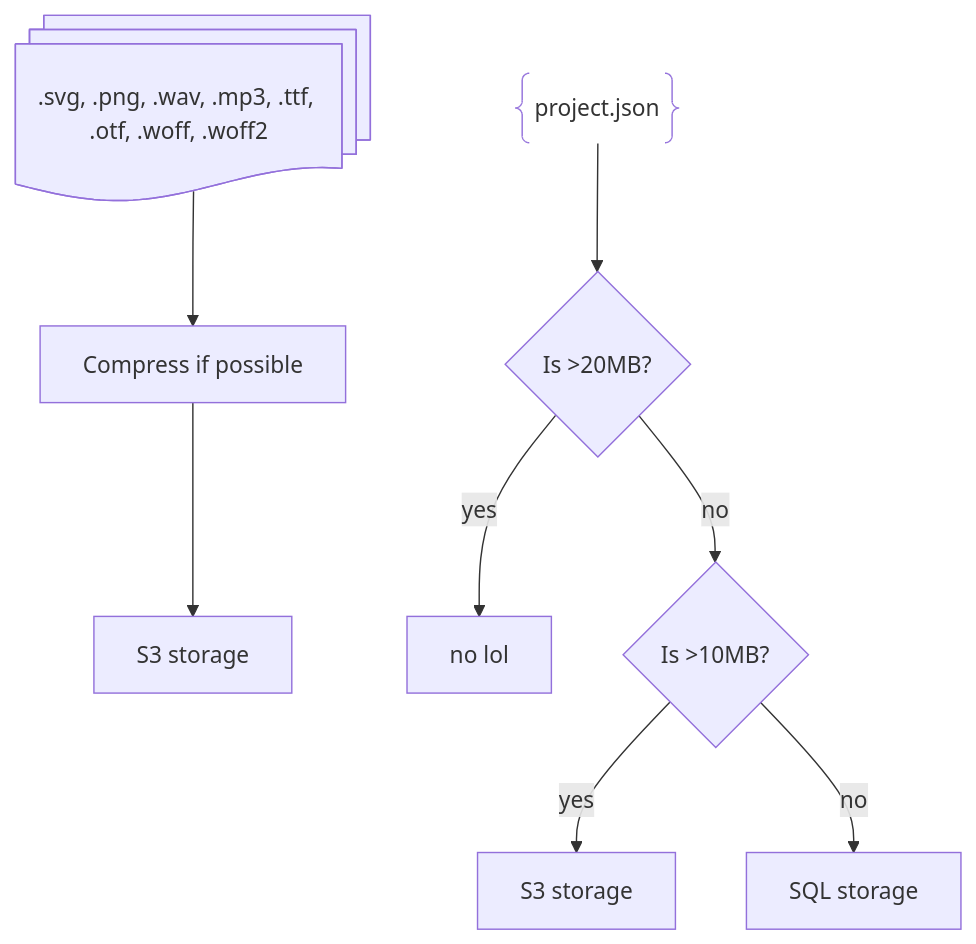
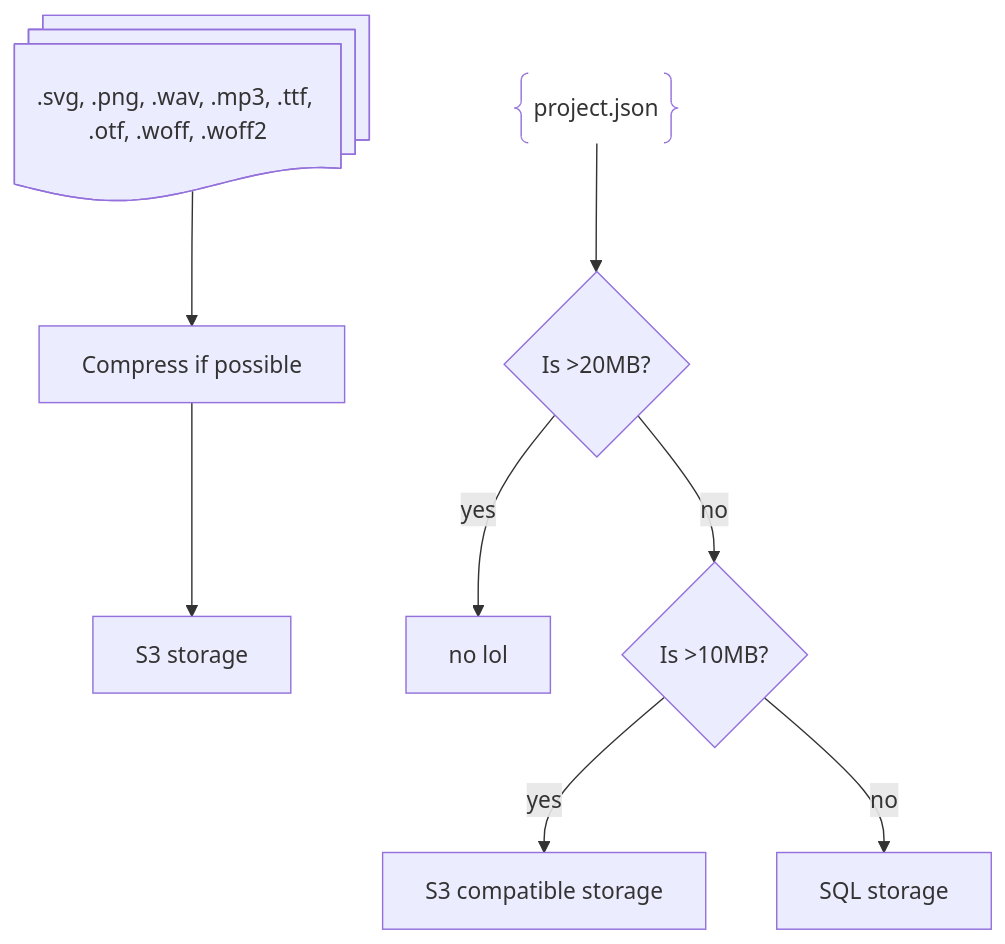
One commit to amp-mod/aw3 changed the diagram in README.md. Above: the diagram before and after it, drawn with Mermaid.

Commit message:
docs: clarify "S3" since we aren't using cloud S3 providers

````diff
--- a/README.md
+++ b/README.md
@@ -57,15 +57,15 @@
 ```mermaid
 flowchart TB
     n2[".svg, .png, .wav, .mp3, .ttf, .otf, .woff, .woff2"] --> n5["Compress if possible"]
     n1["project.json"] --> n6["Is &gt;20MB?"]
     n5 --> n7["S3 storage"]
     n6 -- yes --> n8["no lol"]
     n6 -- no --> n10["Is &gt;10MB?"]
-    n10 -- yes --> n11["S3 storage"]
+    n10 -- yes --> n11["S3 compatible storage"]
     n10 -- no --> n12["SQL storage"]
 
     n2@{ shape: docs}
     n1@{ shape: braces}
     n6@{ shape: diam}
     n10@{ shape: diam}
 ```
````
